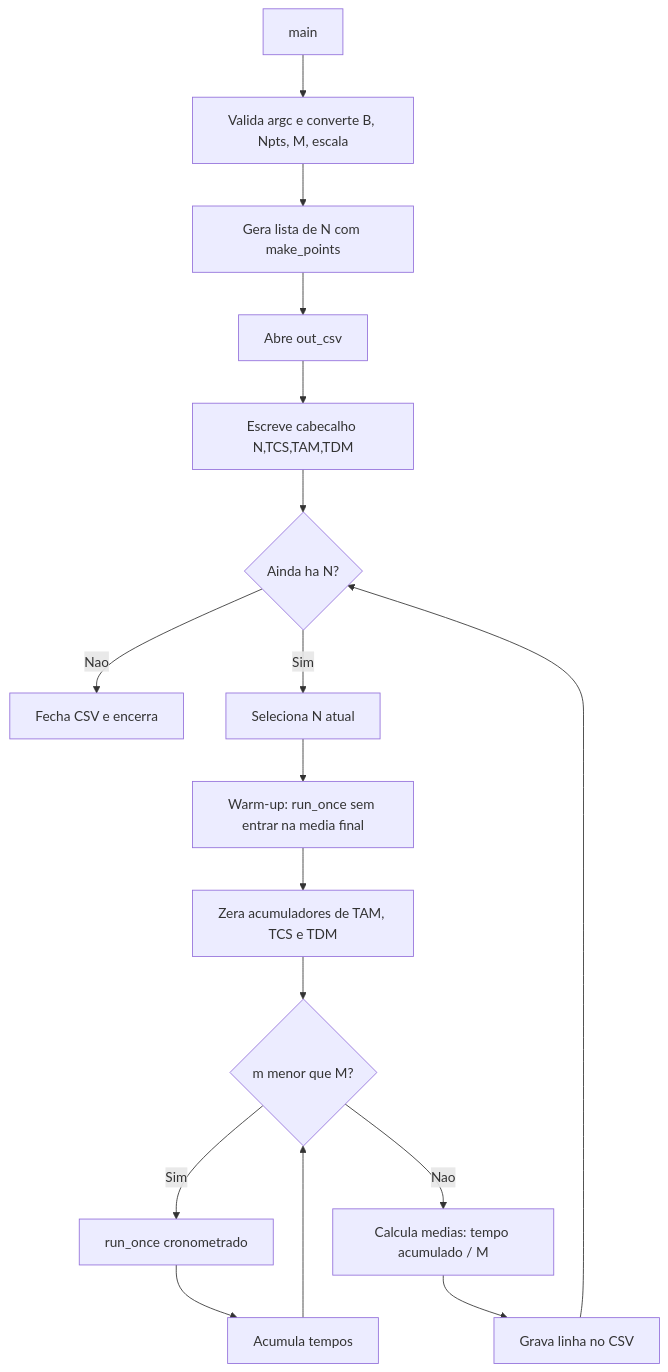
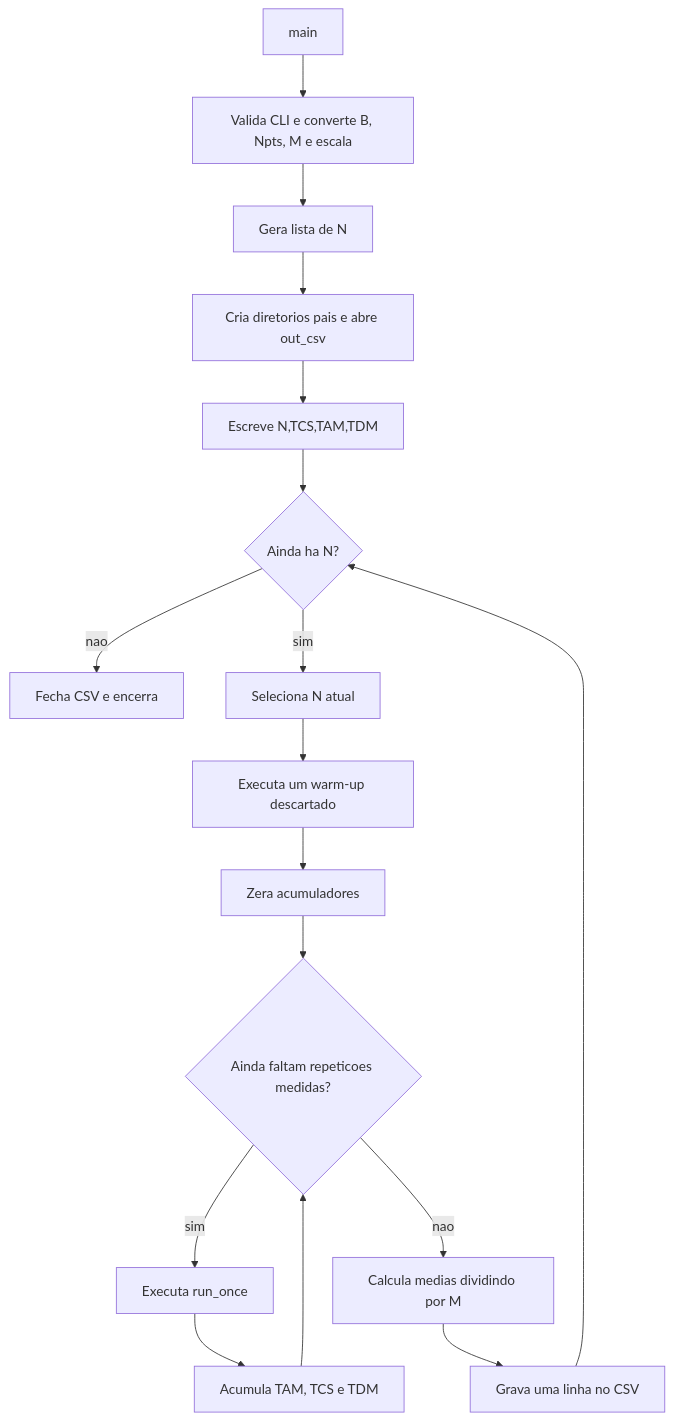
Before and after one commit to Lucas-Sperotto/matrix-multiplication-benchmark: the fifth of 16 diagrams in docs/DIAGRAMS.md, drawn with Mermaid. The commit also changed other lines of this file, not shown here.

Commit message:
docs: corrige diagramas Mermaid e atualiza fluxo de preflight

````diff
--- a/docs/DIAGRAMS.md
+++ b/docs/DIAGRAMS.md
@@ -215,19 +226,19 @@
 ```mermaid
 flowchart TD
-    A[main] --> B[Valida argc e converte B, Npts, M, escala]
-    B --> C[Gera lista de N com make_points]
-    C --> D[Abre out_csv]
-    D --> E[Escreve cabecalho N,TCS,TAM,TDM]
-    E --> F{Ainda ha N?}
-    F -- Nao --> Z[Fecha CSV e encerra]
-    F -- Sim --> G[Seleciona N atual]
-    G --> H[Warm-up: run_once sem entrar na media final]
-    H --> I[Zera acumuladores de TAM, TCS e TDM]
-    I --> J{m menor que M?}
-    J -- Sim --> K[run_once cronometrado]
-    K --> L[Acumula tempos]
+    A["main"] --> B["Valida CLI e converte B, Npts, M e escala"]
+    B --> C["Gera lista de N"]
+    C --> D["Cria diretorios pais e abre out_csv"]
+    D --> E["Escreve N,TCS,TAM,TDM"]
+    E --> F{"Ainda ha N?"}
+    F -- nao --> Z["Fecha CSV e encerra"]
+    F -- sim --> G["Seleciona N atual"]
+    G --> H["Executa um warm-up descartado"]
+    H --> I["Zera acumuladores"]
+    I --> J{"Ainda faltam repeticoes medidas?"}
+    J -- sim --> K["Executa run_once"]
+    K --> L["Acumula TAM, TCS e TDM"]
     L --> J
-    J -- Nao --> M[Calcula medias: tempo acumulado / M]
-    M --> N[Grava linha no CSV]
+    J -- nao --> M["Calcula medias dividindo por M"]
+    M --> N["Grava uma linha no CSV"]
     N --> F
 ```
````
